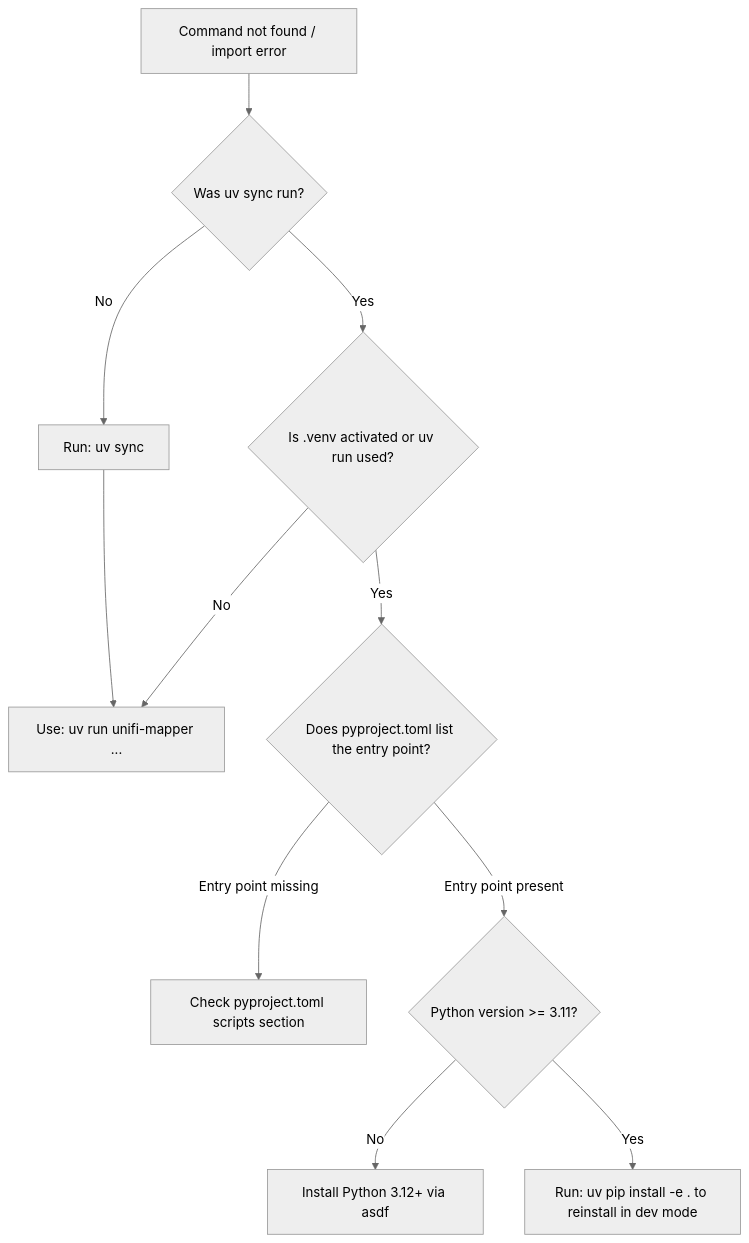
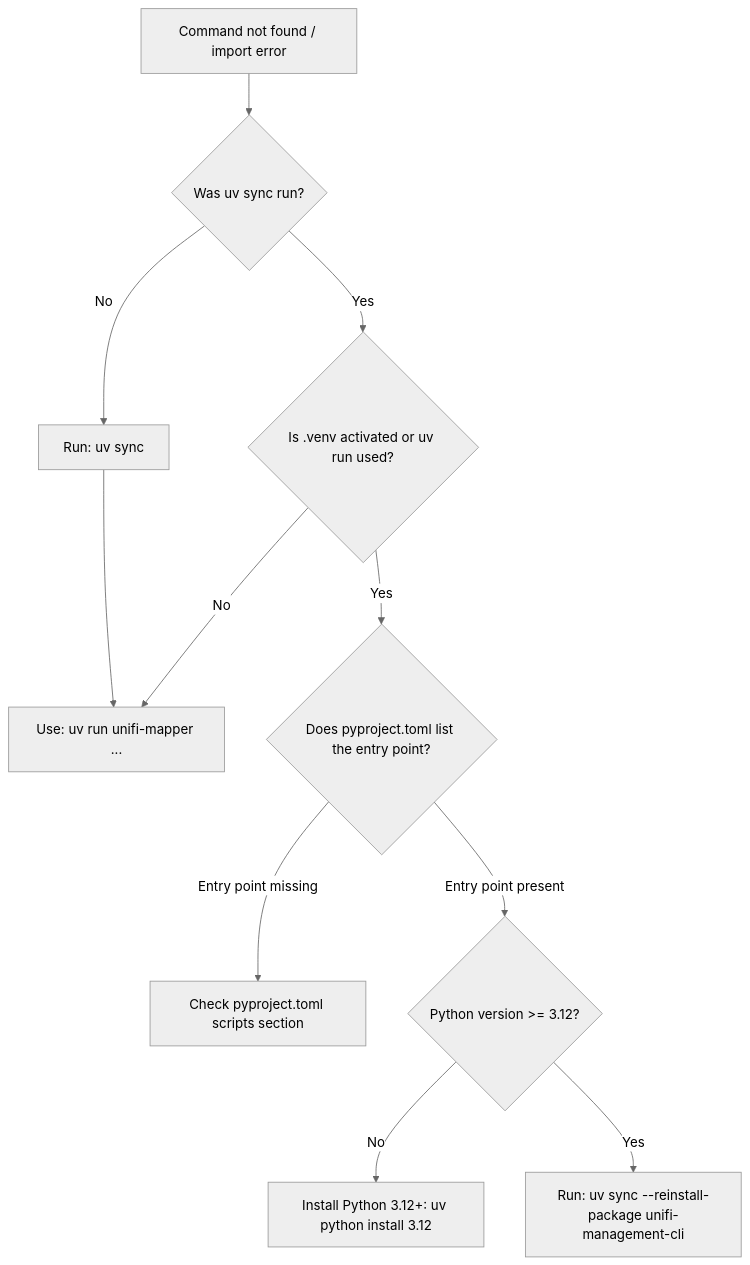
The first of 14 diagrams in docs/operations/troubleshooting-and-runbook.md (NetDevAutomate/unifi_management_cli), drawn with Mermaid (neutral theme) before and after one commit. The commit also changed other lines of this file and 1 other file, not shown here.

````diff
--- a/docs/operations/troubleshooting-and-runbook.md
+++ b/docs/operations/troubleshooting-and-runbook.md
@@ -51,13 +51,13 @@
 ```mermaid
 flowchart TD
     A[Command not found / import error] --> B{Was uv sync run?}
     B -->|No| C[Run: uv sync]
     B -->|Yes| D{Is .venv activated or uv run used?}
     D -->|No| E[Use: uv run unifi-mapper ...]
     D -->|Yes| F{Does pyproject.toml list the entry point?}
     F -->|Entry point missing| G[Check pyproject.toml scripts section]
-    F -->|Entry point present| H{Python version >= 3.11?}
-    H -->|No| I[Install Python 3.12+ via asdf]
-    H -->|Yes| J[Run: uv pip install -e . to reinstall in dev mode]
+    F -->|Entry point present| H{Python version >= 3.12?}
+    H -->|No| I[Install Python 3.12+: uv python install 3.12]
+    H -->|Yes| J[Run: uv sync --reinstall-package unifi-management-cli]
     C --> E
 ```
````
